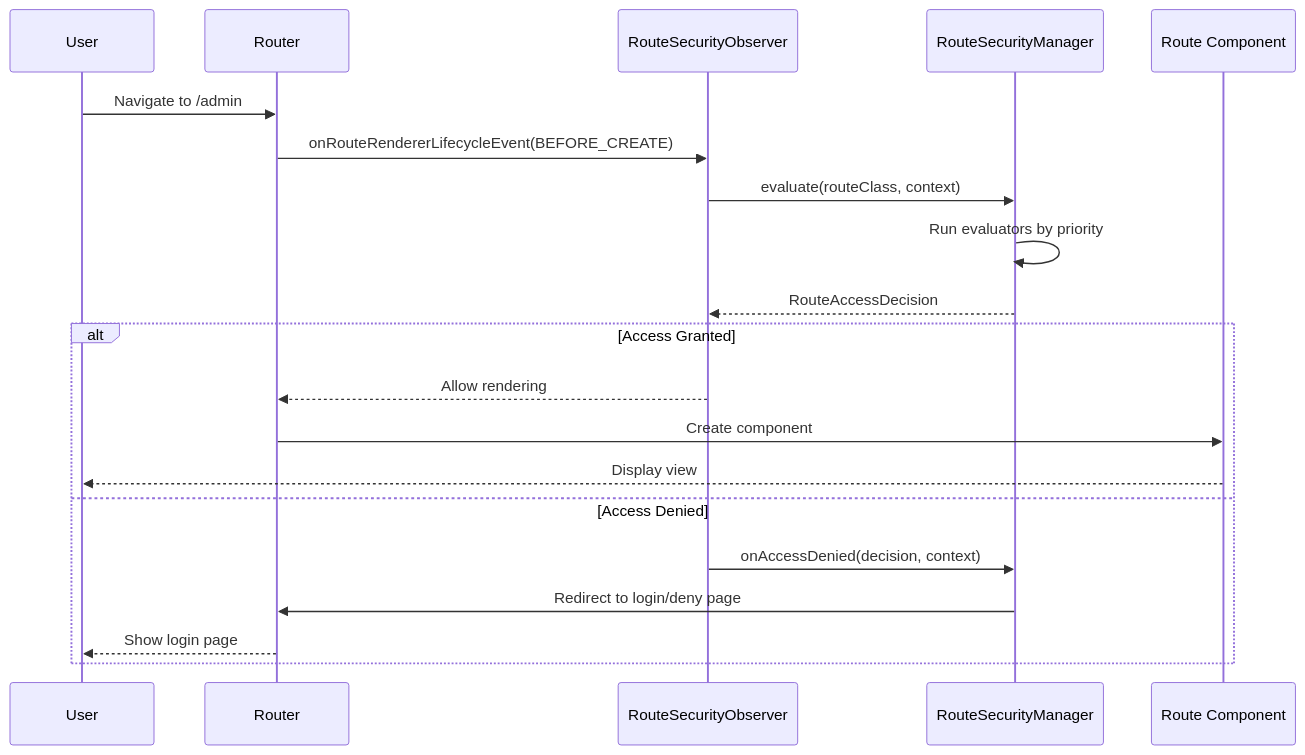
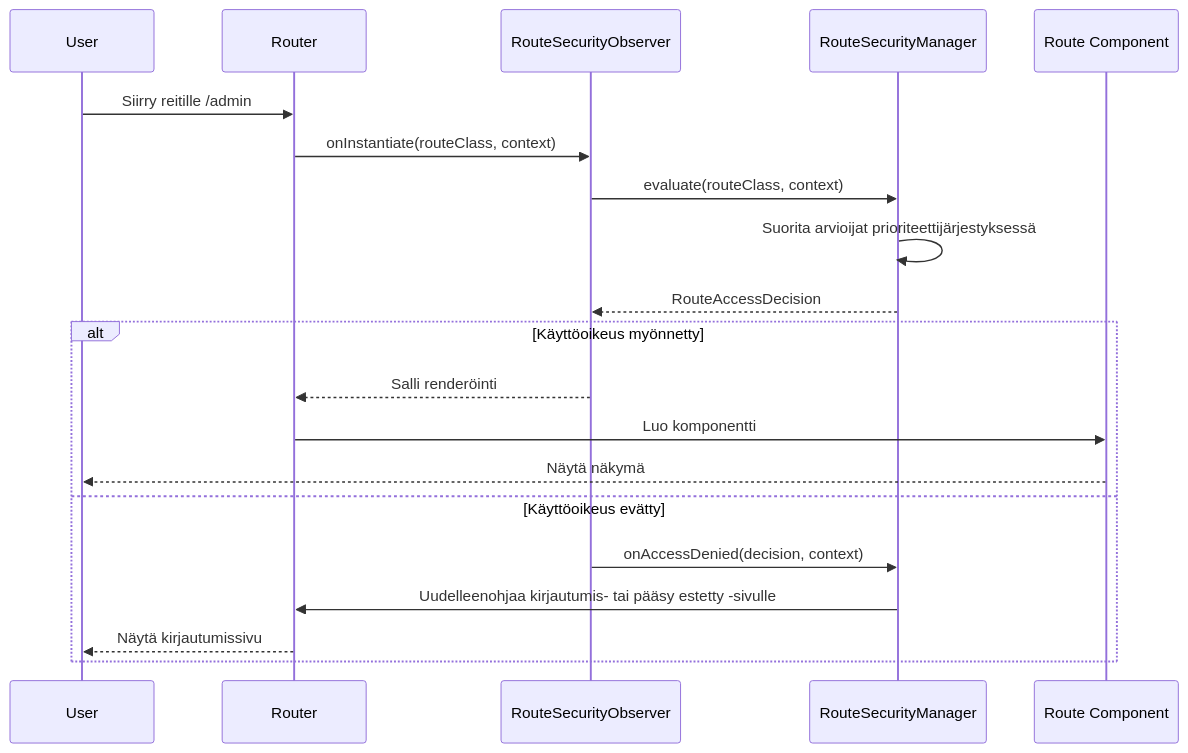
One commit to webforj/webforj-documentation changed the diagram in docs/i18n/fi/docusaurus-plugin-content-docs/current/security/architecture/navigation-flow.md. Above: the diagram before and after it, drawn with Mermaid. The commit also changed other lines of this file and 385 other files, not shown here.

````diff
--- a/docs/i18n/fi/docusaurus-plugin-content-docs/current/security/architecture/navigation-flow.md
+++ b/docs/i18n/fi/docusaurus-plugin-content-docs/current/security/architecture/navigation-flow.md
@@ -33,24 +36,24 @@
 ```mermaid
 sequenceDiagram
   participant User
   participant Router
   participant Observer as RouteSecurityObserver
   participant Manager as RouteSecurityManager
   participant Component as Route Component
 
-  User->>Router: Navigate to /admin
-  Router->>Observer: onRouteRendererLifecycleEvent(BEFORE_CREATE)
+  User->>Router: Siirry reitille /admin
+  Router->>Observer: onInstantiate(routeClass, context)
   Observer->>Manager: evaluate(routeClass, context)
-  Manager->>Manager: Run evaluators by priority
+  Manager->>Manager: Suorita arvioijat prioriteettijärjestyksessä
   Manager-->>Observer: RouteAccessDecision
 
-  alt Access Granted
-    Observer-->>Router: Allow rendering
-    Router->>Component: Create component
-    Component-->>User: Display view
-  else Access Denied
+  alt Käyttöoikeus myönnetty
+    Observer-->>Router: Salli renderöinti
+    Router->>Component: Luo komponentti
+    Component-->>User: Näytä näkymä
+  else Käyttöoikeus evätty
     Observer->>Manager: onAccessDenied(decision, context)
-    Manager->>Router: Redirect to login/deny page
-    Router-->>User: Show login page
+    Manager->>Router: Uudelleenohjaa kirjautumis- tai pääsy estetty -sivulle
+    Router-->>User: Näytä kirjautumissivu
   end
 ```
````
